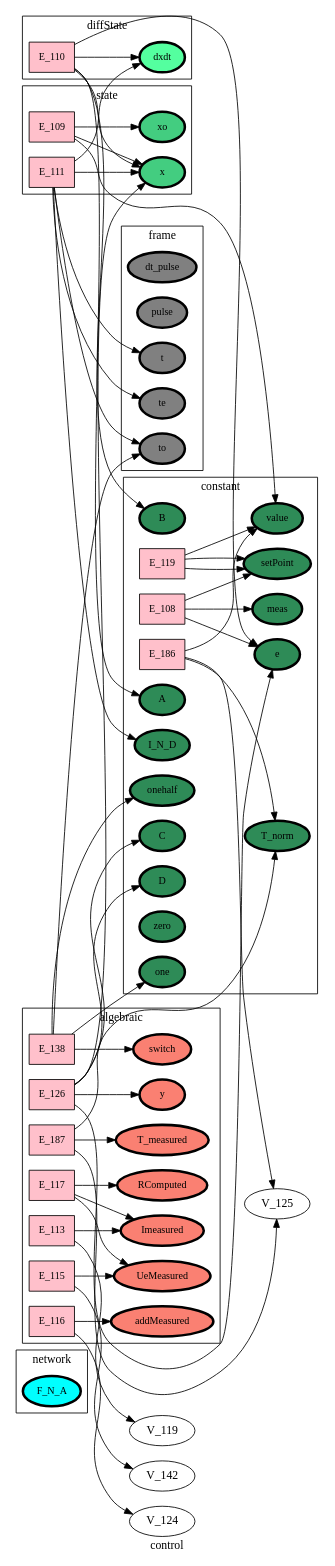
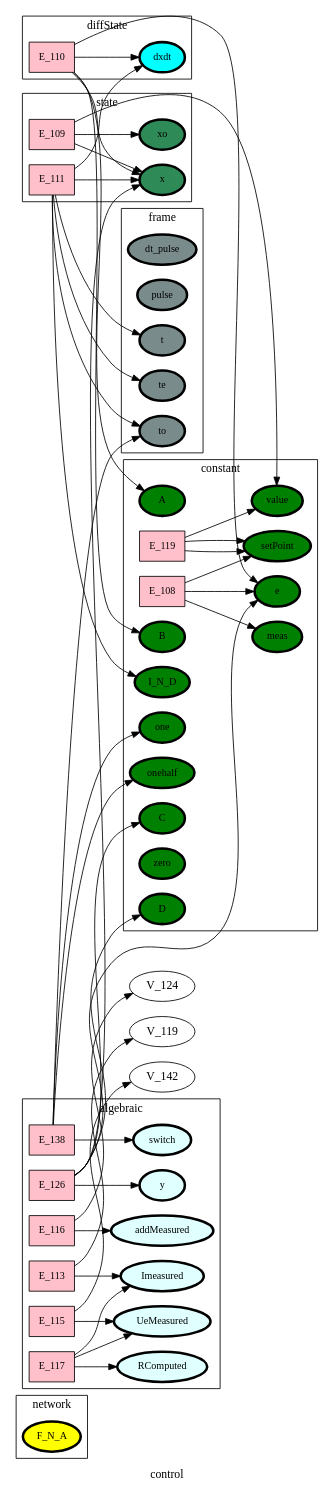
The diagram in ontology_graphs/graph__control.dot (heinz-preisig/Sandbox10), drawn with Graphviz before and after one commit. The commit also changed 28 other files, not shown here.

```diff
--- a/ontology_graphs/graph__control.dot
+++ b/ontology_graphs/graph__control.dot
@@ -1,145 +1,135 @@
 digraph control {
 label=control;
 rankdir=LR;
 subgraph cluster_control___dataFlow {
 label=dataFlow;
 rankdir=LR;
 }
 
 subgraph cluster_control___input {
 label=input;
 rankdir=LR;
 }
 
 subgraph cluster_control___output {
 label=output;
 rankdir=LR;
 }
 
 subgraph cluster_control___network {
 label=network;
 rankdir=LR;
-V_8 [fillcolor=cyan, fontsize=12, label=F_N_A, penwidth=3, style=filled];
+V_8 [fillcolor=yellow, fontsize=12, label=F_N_A, penwidth=3, style=filled];
 }
 
 subgraph cluster_control___projection {
 label=projection;
 rankdir=LR;
 }
 
 subgraph cluster_control___localIndex {
 label=localIndex;
 rankdir=LR;
 }
 
 subgraph cluster_control___frame {
 label=frame;
 rankdir=LR;
-V_216 [fillcolor=grey, fontsize=12, label=dt_pulse, penwidth=3, style=filled];
-V_217 [fillcolor=grey, fontsize=12, label=pulse, penwidth=3, style=filled];
-V_5 [fillcolor=grey, fontsize=12, label=t, penwidth=3, style=filled];
-V_6 [fillcolor=grey, fontsize=12, label=to, penwidth=3, style=filled];
-V_7 [fillcolor=grey, fontsize=12, label=te, penwidth=3, style=filled];
+V_216 [fillcolor=lightcyan4, fontsize=12, label=dt_pulse, penwidth=3, style=filled];
+V_217 [fillcolor=lightcyan4, fontsize=12, label=pulse, penwidth=3, style=filled];
+V_5 [fillcolor=lightcyan4, fontsize=12, label=t, penwidth=3, style=filled];
+V_6 [fillcolor=lightcyan4, fontsize=12, label=to, penwidth=3, style=filled];
+V_7 [fillcolor=lightcyan4, fontsize=12, label=te, penwidth=3, style=filled];
 }
 
 E_111 -> V_138  [splines=ortho];
 E_111 -> V_139  [splines=ortho];
 E_111 -> V_5  [splines=ortho];
 E_111 -> V_6  [splines=ortho];
 E_111 -> V_7  [splines=ortho];
 E_109 -> V_1  [splines=ortho];
 E_109 -> V_136  [splines=ortho];
 subgraph cluster_control___state {
 label=state;
 rankdir=LR;
-V_136 [fillcolor=seagreen3, fontsize=12, label=x, penwidth=3, style=filled];
-V_137 [fillcolor=seagreen3, fontsize=12, label=xo, penwidth=3, style=filled];
+V_136 [fillcolor=seagreen4, fontsize=12, label=x, penwidth=3, style=filled];
+V_137 [fillcolor=seagreen4, fontsize=12, label=xo, penwidth=3, style=filled];
 E_111 [fillcolor=pink, fontsize=12, shape=box, style=filled];
 E_111 -> V_136  [splines=ortho];
 E_109 [fillcolor=pink, fontsize=12, shape=box, style=filled];
 E_109 -> V_137  [splines=ortho];
 }
 
 E_119 -> V_1  [splines=ortho];
 E_119 -> V_133  [splines=ortho];
 E_108 -> V_133  [splines=ortho];
 E_108 -> V_134  [splines=ortho];
-E_186 -> V_1  [splines=ortho];
-E_186 -> V_125  [splines=ortho];
 subgraph cluster_control___constant {
 label=constant;
 rankdir=LR;
-V_1 [fillcolor=seagreen, fontsize=12, label=value, penwidth=3, style=filled];
-V_129 [fillcolor=seagreen, fontsize=12, label=A, penwidth=3, style=filled];
-V_130 [fillcolor=seagreen, fontsize=12, label=B, penwidth=3, style=filled];
-V_131 [fillcolor=seagreen, fontsize=12, label=C, penwidth=3, style=filled];
-V_132 [fillcolor=seagreen, fontsize=12, label=D, penwidth=3, style=filled];
-V_133 [fillcolor=seagreen, fontsize=12, label=setPoint, penwidth=3, style=filled];
-V_134 [fillcolor=seagreen, fontsize=12, label=meas, penwidth=3, style=filled];
-V_135 [fillcolor=seagreen, fontsize=12, label=e, penwidth=3, style=filled];
-V_139 [fillcolor=seagreen, fontsize=12, label=I_N_D, penwidth=3, style=filled];
-V_2 [fillcolor=seagreen, fontsize=12, label=one, penwidth=3, style=filled];
-V_219 [fillcolor=seagreen, fontsize=12, label=T_norm, penwidth=3, style=filled];
-V_3 [fillcolor=seagreen, fontsize=12, label=zero, penwidth=3, style=filled];
-V_4 [fillcolor=seagreen, fontsize=12, label=onehalf, penwidth=3, style=filled];
+V_1 [fillcolor=green, fontsize=12, label=value, penwidth=3, style=filled];
+V_129 [fillcolor=green, fontsize=12, label=A, penwidth=3, style=filled];
+V_130 [fillcolor=green, fontsize=12, label=B, penwidth=3, style=filled];
+V_131 [fillcolor=green, fontsize=12, label=C, penwidth=3, style=filled];
+V_132 [fillcolor=green, fontsize=12, label=D, penwidth=3, style=filled];
+V_133 [fillcolor=green, fontsize=12, label=setPoint, penwidth=3, style=filled];
+V_134 [fillcolor=green, fontsize=12, label=meas, penwidth=3, style=filled];
+V_135 [fillcolor=green, fontsize=12, label=e, penwidth=3, style=filled];
+V_139 [fillcolor=green, fontsize=12, label=I_N_D, penwidth=3, style=filled];
+V_2 [fillcolor=green, fontsize=12, label=one, penwidth=3, style=filled];
+V_3 [fillcolor=green, fontsize=12, label=zero, penwidth=3, style=filled];
+V_4 [fillcolor=green, fontsize=12, label=onehalf, penwidth=3, style=filled];
 E_119 [fillcolor=pink, fontsize=12, shape=box, style=filled];
 E_119 -> V_133  [splines=ortho];
 E_108 [fillcolor=pink, fontsize=12, shape=box, style=filled];
 E_108 -> V_135  [splines=ortho];
-E_186 [fillcolor=pink, fontsize=12, shape=box, style=filled];
-E_186 -> V_219  [splines=ortho];
 }
 
 E_110 -> V_129  [splines=ortho];
 E_110 -> V_130  [splines=ortho];
 E_110 -> V_135  [splines=ortho];
 E_110 -> V_136  [splines=ortho];
 subgraph cluster_control___diffState {
 label=diffState;
 rankdir=LR;
-V_138 [fillcolor=seagreen1, fontsize=12, label=dxdt, penwidth=3, style=filled];
+V_138 [fillcolor=cyan, fontsize=12, label=dxdt, penwidth=3, style=filled];
 E_110 [fillcolor=pink, fontsize=12, shape=box, style=filled];
 E_110 -> V_138  [splines=ortho];
 }
 
 E_113 -> V_119  [splines=ortho];
 E_115 -> V_142  [splines=ortho];
 E_116 -> V_124  [splines=ortho];
 E_117 -> V_141  [splines=ortho];
 E_117 -> V_143  [splines=ortho];
 E_126 -> V_131  [splines=ortho];
 E_126 -> V_132  [splines=ortho];
 E_126 -> V_135  [splines=ortho];
 E_126 -> V_136  [splines=ortho];
 E_138 -> V_2  [splines=ortho];
 E_138 -> V_4  [splines=ortho];
 E_138 -> V_6  [splines=ortho];
-E_187 -> V_125  [splines=ortho];
-E_187 -> V_219  [splines=ortho];
 subgraph cluster_control___algebraic {
 label=algebraic;
 rankdir=LR;
-V_141 [fillcolor=salmon, fontsize=12, label=Imeasured, penwidth=3, style=filled];
-V_143 [fillcolor=salmon, fontsize=12, label=UeMeasured, penwidth=3, style=filled];
-V_144 [fillcolor=salmon, fontsize=12, label=addMeasured, penwidth=3, style=filled];
-V_145 [fillcolor=salmon, fontsize=12, label=RComputed, penwidth=3, style=filled];
-V_154 [fillcolor=salmon, fontsize=12, label=y, penwidth=3, style=filled];
-V_171 [fillcolor=salmon, fontsize=12, label=switch, penwidth=3, style=filled];
-V_220 [fillcolor=salmon, fontsize=12, label=T_measured, penwidth=3, style=filled];
+V_141 [fillcolor=lightcyan1, fontsize=12, label=Imeasured, penwidth=3, style=filled];
+V_143 [fillcolor=lightcyan1, fontsize=12, label=UeMeasured, penwidth=3, style=filled];
+V_144 [fillcolor=lightcyan1, fontsize=12, label=addMeasured, penwidth=3, style=filled];
+V_145 [fillcolor=lightcyan1, fontsize=12, label=RComputed, penwidth=3, style=filled];
+V_154 [fillcolor=lightcyan1, fontsize=12, label=y, penwidth=3, style=filled];
+V_171 [fillcolor=lightcyan1, fontsize=12, label=switch, penwidth=3, style=filled];
 E_113 [fillcolor=pink, fontsize=12, shape=box, style=filled];
 E_113 -> V_141  [splines=ortho];
 E_115 [fillcolor=pink, fontsize=12, shape=box, style=filled];
 E_115 -> V_143  [splines=ortho];
 E_116 [fillcolor=pink, fontsize=12, shape=box, style=filled];
 E_116 -> V_144  [splines=ortho];
 E_117 [fillcolor=pink, fontsize=12, shape=box, style=filled];
 E_117 -> V_145  [splines=ortho];
 E_126 [fillcolor=pink, fontsize=12, shape=box, style=filled];
 E_126 -> V_154  [splines=ortho];
 E_138 [fillcolor=pink, fontsize=12, shape=box, style=filled];
 E_138 -> V_171  [splines=ortho];
-E_187 [fillcolor=pink, fontsize=12, shape=box, style=filled];
-E_187 -> V_220  [splines=ortho];
 }
 
 }
```
